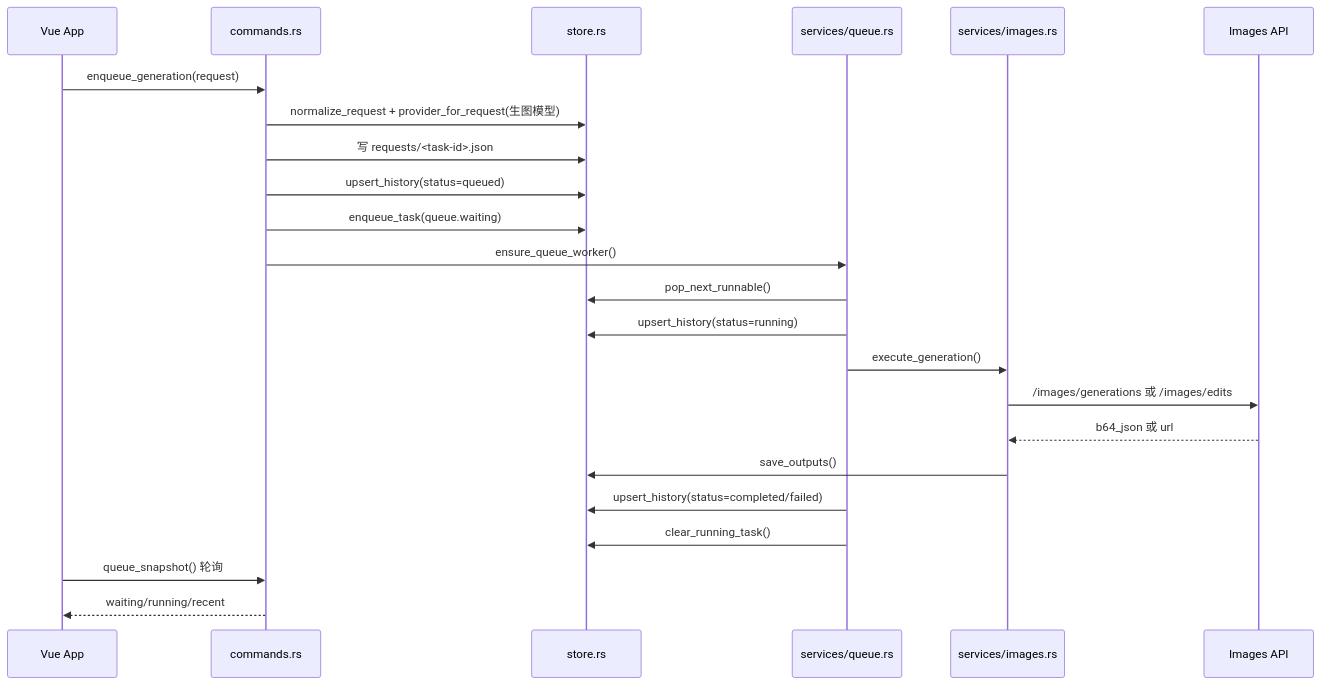
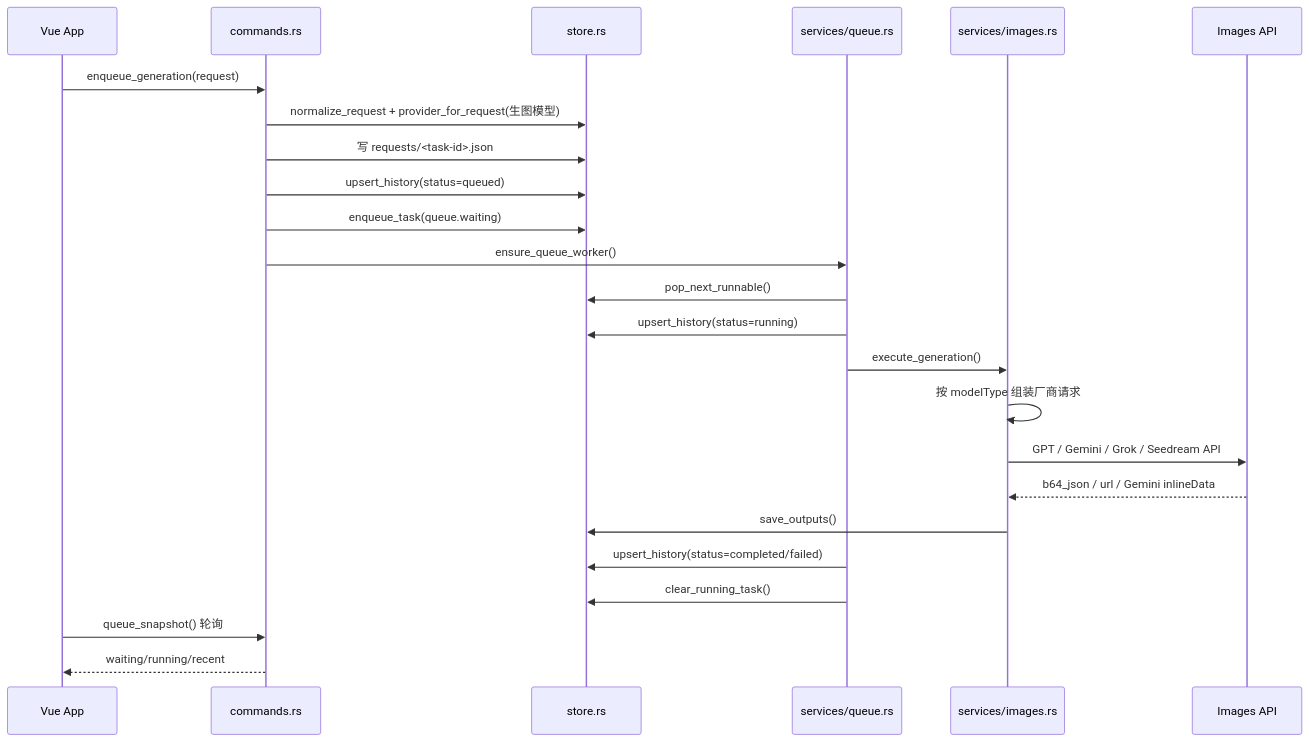
The second of 7 diagrams in docs/technical-design.md (Tairraos/image-forge), drawn with Mermaid before and after one commit. The commit also changed other lines of this file and 1 other file, not shown here.

````diff
--- a/docs/technical-design.md
+++ b/docs/technical-design.md
@@ -133,26 +145,27 @@
 ```mermaid
 sequenceDiagram
   participant UI as Vue App
   participant Cmd as commands.rs
   participant Store as store.rs
   participant Queue as services/queue.rs
   participant Images as services/images.rs
   participant API as Images API
 
   UI->>Cmd: enqueue_generation(request)
   Cmd->>Store: normalize_request + provider_for_request(生图模型)
   Cmd->>Store: 写 requests/<task-id>.json
   Cmd->>Store: upsert_history(status=queued)
   Cmd->>Store: enqueue_task(queue.waiting)
   Cmd->>Queue: ensure_queue_worker()
   Queue->>Store: pop_next_runnable()
   Queue->>Store: upsert_history(status=running)
   Queue->>Images: execute_generation()
-  Images->>API: /images/generations 或 /images/edits
-  API-->>Images: b64_json 或 url
+  Images->>Images: 按 modelType 组装厂商请求
+  Images->>API: GPT / Gemini / Grok / Seedream API
+  API-->>Images: b64_json / url / Gemini inlineData
   Images->>Store: save_outputs()
   Queue->>Store: upsert_history(status=completed/failed)
   Queue->>Store: clear_running_task()
   UI->>Cmd: queue_snapshot() 轮询
   Cmd-->>UI: waiting/running/recent
 ```
````
